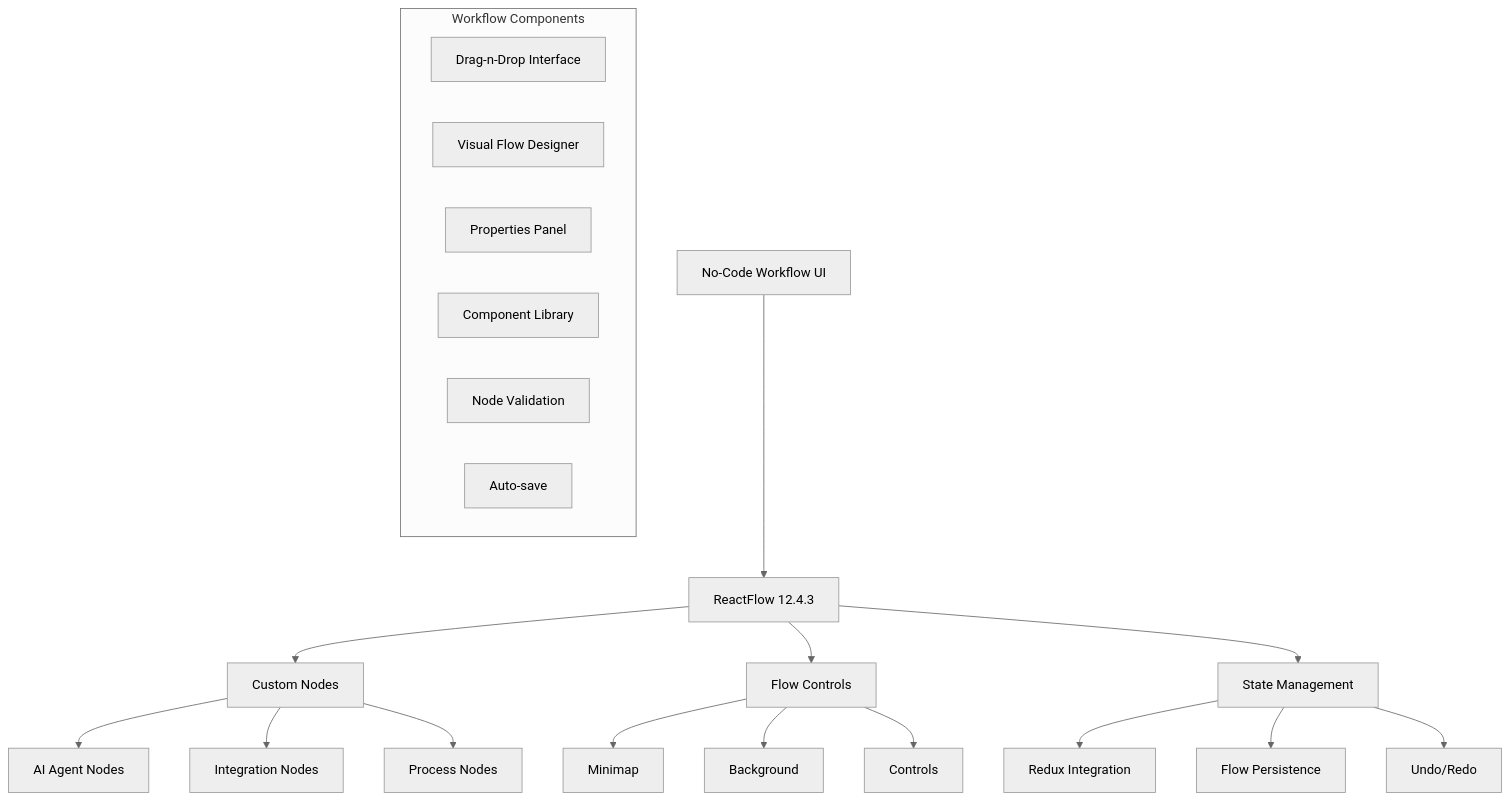
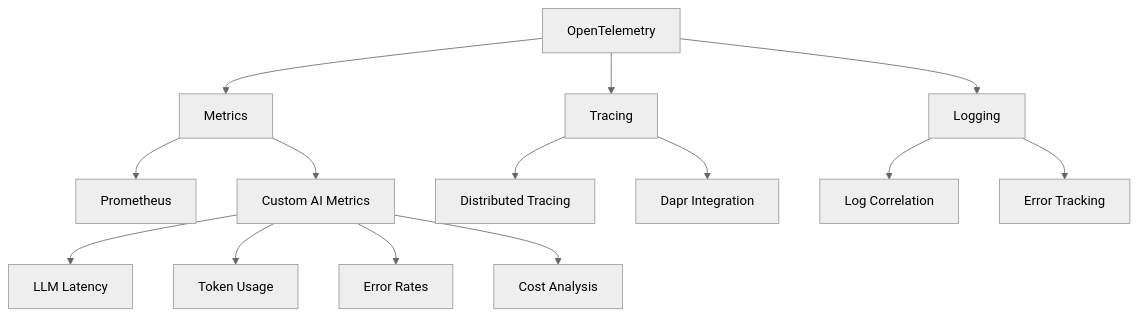
One commit to jihadajUAEU/bluemeshv2 changed the diagram in README.md. Above: the diagram before and after it, drawn with Mermaid (neutral theme). The commit also changed other lines of this file and 1 other file, not shown here.

Commit message:
Enhance implementation documentation with detailed integration layer stages, tasks, and deliverables, including mermaid diagrams for better visualization.

````diff
--- a/README.md
+++ b/README.md
@@ -25,28 +9,20 @@
 ```mermaid
 graph TD
-    A[No-Code Workflow UI] --> B[ReactFlow 12.4.3]
-    B --> C[Custom Nodes]
-    B --> D[Flow Controls]
-    B --> E[State Management]
+    A[OpenTelemetry] --> B[Metrics]
+    A --> C[Tracing]
+    A --> D[Logging]
     
-    C --> F[AI Agent Nodes]
-    C --> G[Integration Nodes]
-    C --> H[Process Nodes]
+    B --> E[Prometheus]
+    B --> F[Custom AI Metrics]
     
-    D --> I[Minimap]
-    D --> J[Background]
-    D --> K[Controls]
+    C --> G[Distributed Tracing]
+    C --> H[Dapr Integration]
     
-    E --> L[Redux Integration]
-    E --> M[Flow Persistence]
-    E --> N[Undo/Redo]
-
-    subgraph Workflow Components
-        O[Drag-n-Drop Interface]
-        P[Visual Flow Designer]
-        Q[Properties Panel]
-        R[Component Library]
-        S[Node Validation]
-        T[Auto-save]
-    end
+    D --> I[Log Correlation]
+    D --> J[Error Tracking]
+    
+    F --> K[LLM Latency]
+    F --> L[Token Usage]
+    F --> M[Error Rates]
+    F --> N[Cost Analysis]
 ```
````
